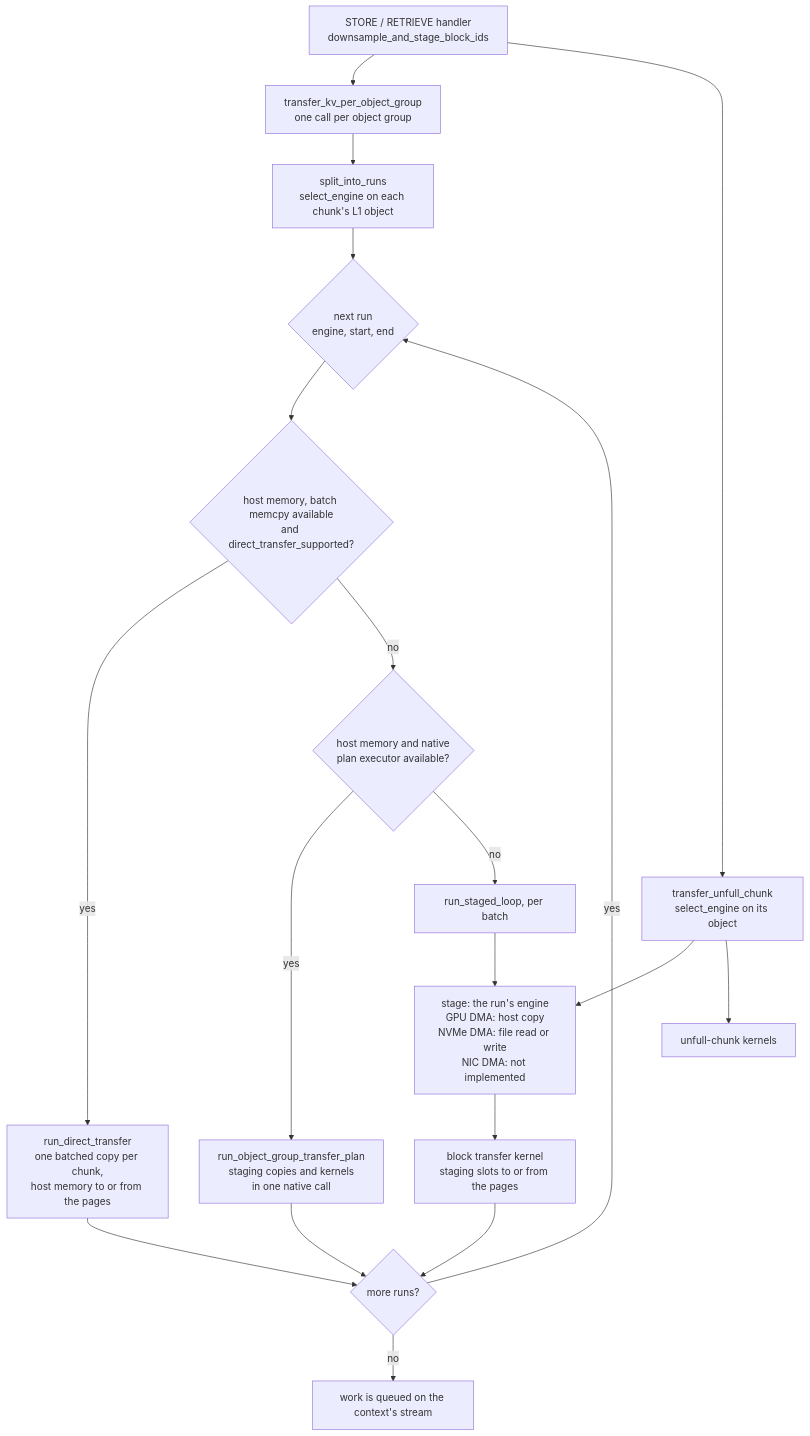
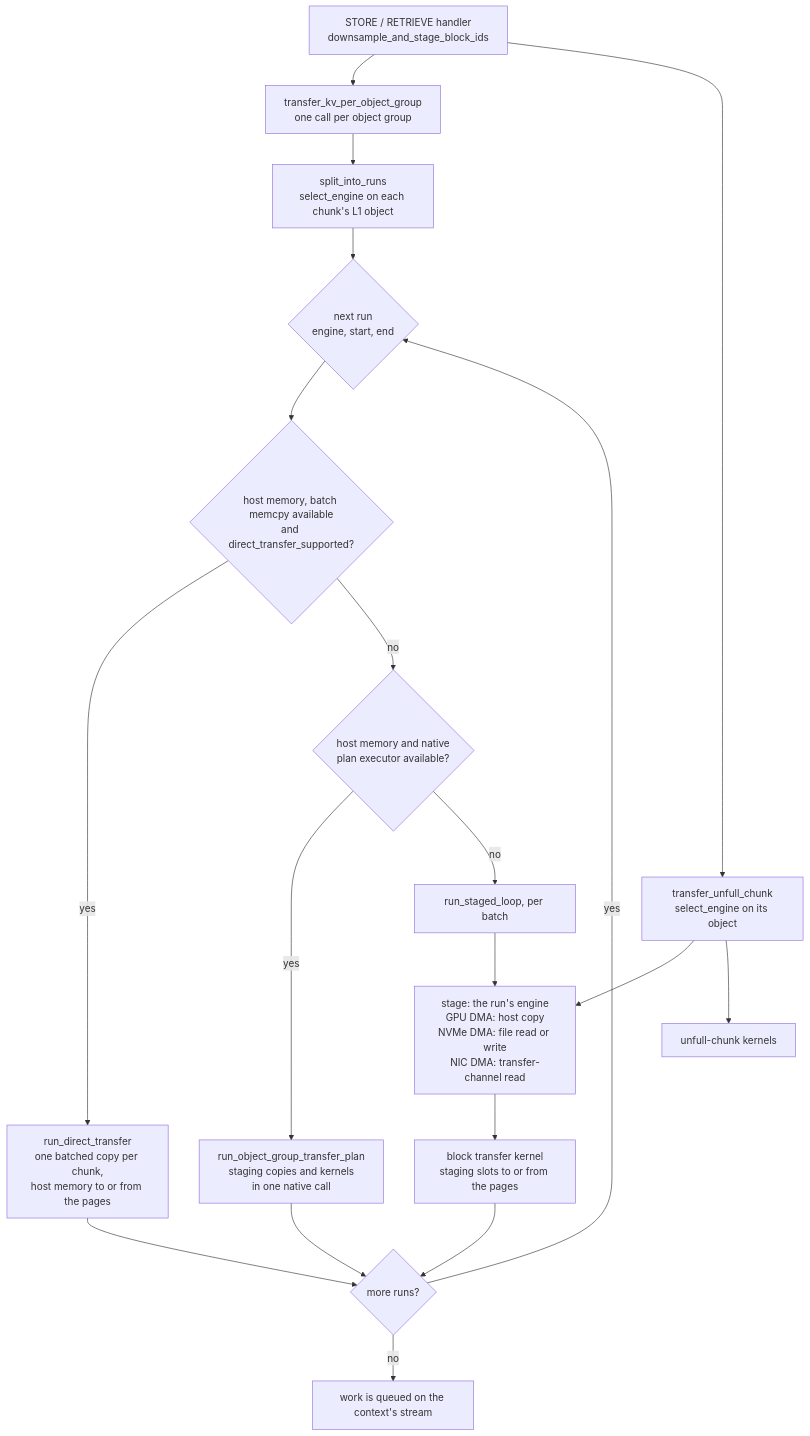
Before and after one commit to LMCache/LMCache: the diagram in docs/design/v1/multiprocess/lmcache_driven_transfer_copy_paths.md, drawn with Mermaid. The commit also changed other lines of this file and 31 other files, not shown here.

````diff
--- a/docs/design/v1/multiprocess/lmcache_driven_transfer_copy_paths.md
+++ b/docs/design/v1/multiprocess/lmcache_driven_transfer_copy_paths.md
@@ -73,35 +72,35 @@
 ```mermaid
 flowchart TD
     H["STORE / RETRIEVE handler<br/>downsample_and_stage_block_ids"]
     D["transfer_kv_per_object_group<br/>one call per object group"]
     S["split_into_runs<br/>select_engine on each chunk's L1 object"]
     R{"next run<br/>engine, start, end"}
     G1{"host memory, batch memcpy available<br/>and direct_transfer_supported?"}
     G2{"host memory and native<br/>plan executor available?"}
     GD["run_direct_transfer<br/>one batched copy per chunk,<br/>host memory to or from the pages"]
     GP["run_object_group_transfer_plan<br/>staging copies and kernels<br/>in one native call"]
     L["run_staged_loop, per batch"]
-    ST["stage: the run's engine<br/>GPU DMA: host copy<br/>NVMe DMA: file read or write<br/>NIC DMA: not implemented"]
+    ST["stage: the run's engine<br/>GPU DMA: host copy<br/>NVMe DMA: file read or write<br/>NIC DMA: transfer-channel read"]
     K["block transfer kernel<br/>staging slots to or from the pages"]
     E{"more runs?"}
     Q["work is queued on the context's stream"]
     U["transfer_unfull_chunk<br/>select_engine on its object"]
     UK["unfull-chunk kernels"]
 
     H --> D --> S --> R
     R --> G1
     G1 -->|yes| GD
     G1 -->|no| G2
     G2 -->|yes| GP
     G2 -->|no| L
     L --> ST
     ST --> K
     GD --> E
     GP --> E
     K --> E
     E -->|yes| R
     E -->|no| Q
     H --> U
     U --> ST
     U --> UK
 ```
````
